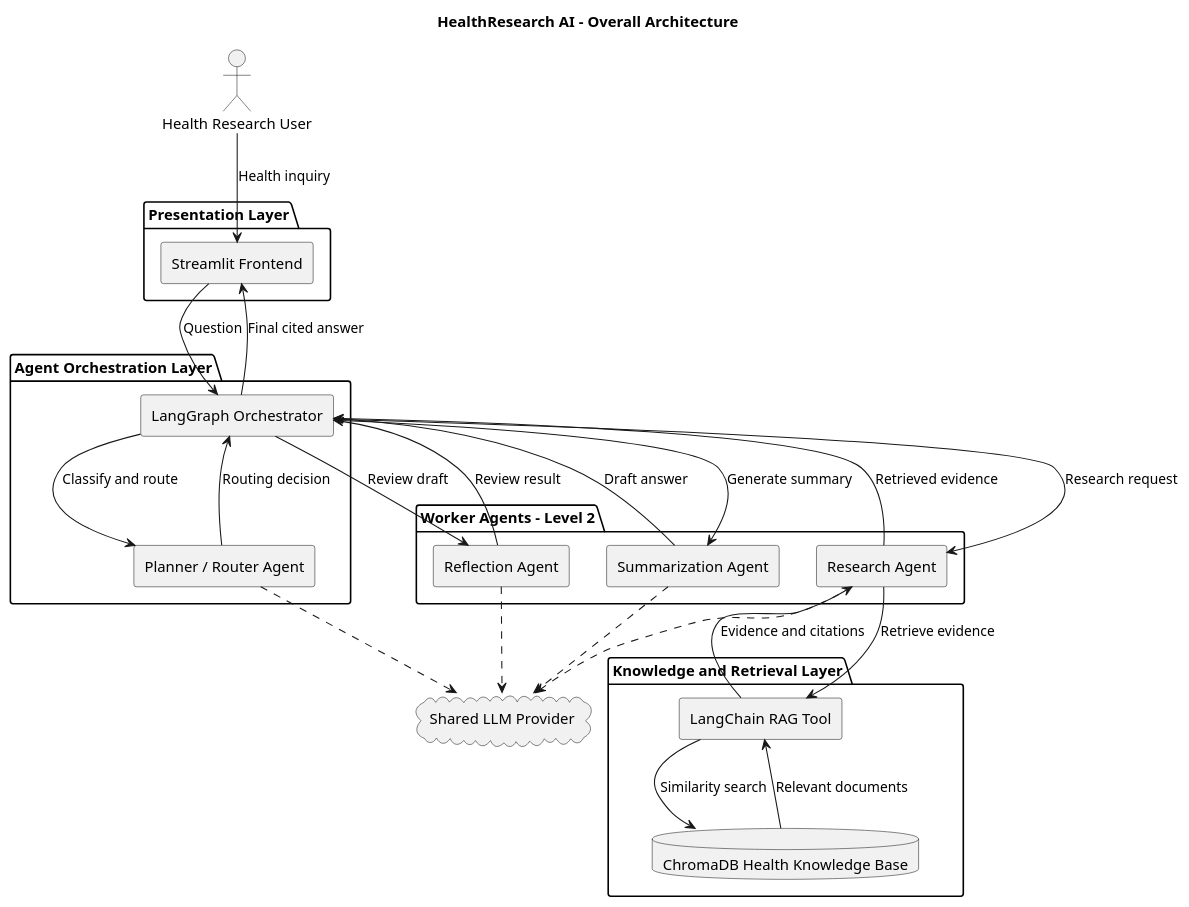
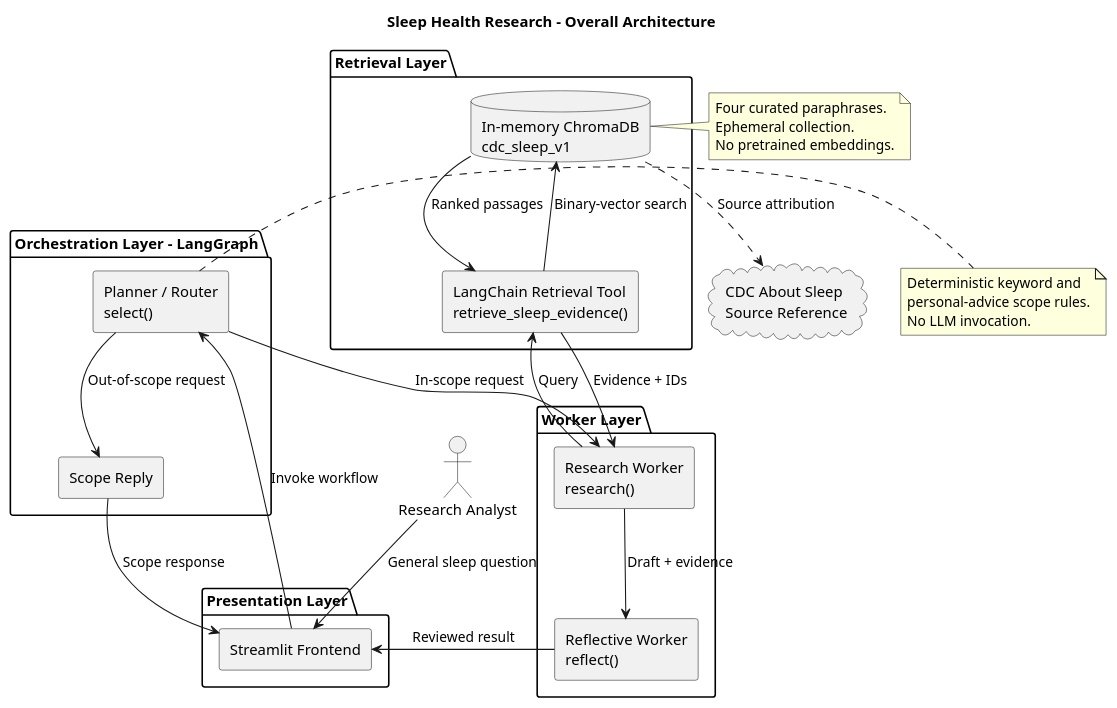
The diagram in diagrams/architecture.puml (vkulesh-netizen/group-1), drawn with PlantUML before and after one commit. The commit also changed other lines of this file and 11 other files, not shown here.

Commit message:
Complete COMP248 sleep health research project

```diff
--- a/diagrams/architecture.puml
+++ b/diagrams/architecture.puml
@@ -3,56 +2,54 @@
-@startuml title
-title HealthResearch AI - Overall Architecture
-
+@startuml HealthResearchArchitecture
+title Sleep Health Research - Overall Architecture
 top to bottom direction
 skinparam componentStyle rectangle
 
-actor "Health Research User" as User
+actor "Research Analyst" as User
 
 package "Presentation Layer" {
-    component "Streamlit Frontend" as UI
+  component "Streamlit Frontend" as UI
 }
 
-package "Agent Orchestration Layer" {
-    component "LangGraph Orchestrator" as Graph
-    component "Planner / Router Agent" as Planner
+package "Orchestration Layer - LangGraph" {
+  component "Planner / Router\nselect()" as Router
+  component "Scope Reply" as Scope
 }
 
-package "Worker Agents - Level 2" {
-    component "Research Agent" as Research
-    component "Summarization Agent" as Summary
-    component "Reflection Agent" as Reflection
+package "Worker Layer" {
+  component "Research Worker\nresearch()" as Research
+  component "Reflective Worker\nreflect()" as Reflect
 }
 
-package "Knowledge and Retrieval Layer" {
-    component "LangChain RAG Tool" as RAG
-    database "ChromaDB Health Knowledge Base" as DB
+package "Retrieval Layer" {
+  component "LangChain Retrieval Tool\nretrieve_sleep_evidence()" as RAG
+  database "In-memory ChromaDB\ncdc_sleep_v1" as DB
 }
 
-cloud "Shared LLM Provider" as LLM
+cloud "CDC About Sleep\nSource Reference" as CDC
 
-User --> UI : Health inquiry
-UI --> Graph : Question
-Graph --> Planner : Classify and route
-Planner --> Graph : Routing decision
+User --> UI : General sleep question
+UI --> Router : Invoke workflow
+Router --> Scope : Out-of-scope request
+Router --> Research : In-scope request
+Research --> RAG : Query
+RAG --> DB : Binary-vector search
+DB --> RAG : Ranked passages
+RAG --> Research : Evidence + IDs
+Research --> Reflect : Draft + evidence
+Reflect --> UI : Reviewed result
+Scope --> UI : Scope response
+DB ..> CDC : Source attribution
 
-Graph --> Research : Research request
-Research --> RAG : Retrieve evidence
-RAG --> DB : Similarity search
-DB --> RAG : Relevant documents
-RAG --> Research : Evidence and citations
+note right of Router
+  Deterministic keyword and
+  personal-advice scope rules.
+  No LLM invocation.
+end note
 
-Research --> Graph : Retrieved evidence
-Graph --> Summary : Generate summary
-Summary --> Graph : Draft answer
-
-Graph --> Reflection : Review draft
-Reflection --> Graph : Review result
-
-Graph --> UI : Final cited answer
-
-Planner ..> LLM
-Research ..> LLM
-Summary ..> LLM
-Reflection ..> LLM
+note right of DB
+  Four curated paraphrases.
+  Ephemeral collection.
+  No pretrained embeddings.
+end note
 
 @enduml
```
